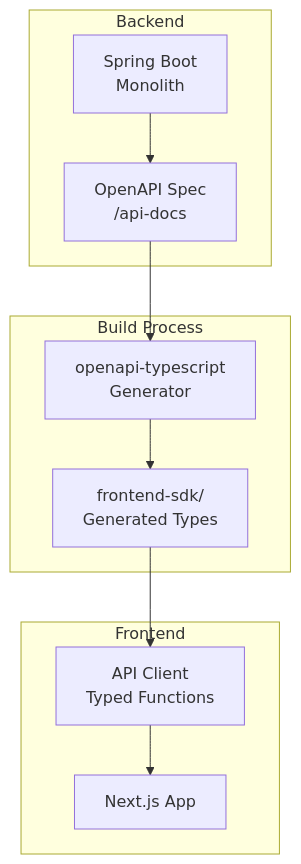
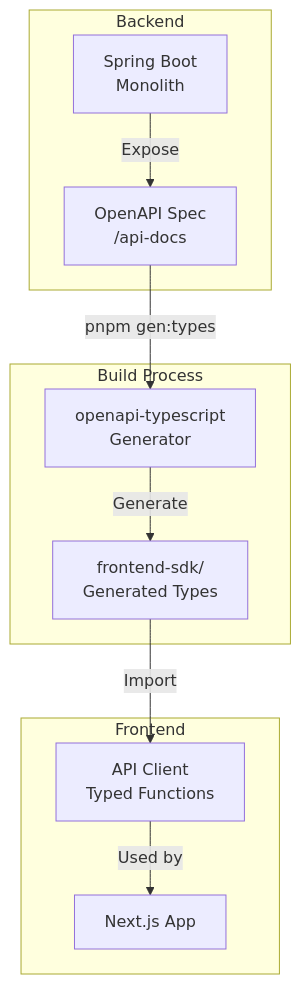
The fourth of 6 diagrams in docs/deepwiki/Next.js-Frontend-Architecture.md (philipz/spring-modular-monolith), drawn with Mermaid before and after one commit. The commit also changed other lines of this file and 55 other files, not shown here.

````diff
--- a/docs/deepwiki/Next.js-Frontend-Architecture.md
+++ b/docs/deepwiki/Next.js-Frontend-Architecture.md
@@ -195,31 +195,31 @@
 ```mermaid
 flowchart TD
 
 SpringBoot["Spring Boot<br>Monolith"]
 OpenAPISpec["OpenAPI Spec<br>/api-docs"]
 Generator["openapi-typescript<br>Generator"]
 SDK["frontend-sdk/<br>Generated Types"]
 ReactApp["Next.js App"]
 APIClient["API Client<br>Typed Functions"]
 
-OpenAPISpec --> Generator
-SDK --> APIClient
+OpenAPISpec -->|"pnpm gen:types"| Generator
+SDK -->|"Import"| APIClient
 
 subgraph Frontend ["Frontend"]
     ReactApp
     APIClient
-    APIClient --> ReactApp
+    APIClient -->|"Used by"| ReactApp
 end
 
 subgraph subGraph1 ["Build Process"]
     Generator
     SDK
-    Generator --> SDK
+    Generator -->|"Generate"| SDK
 end
 
 subgraph Backend ["Backend"]
     SpringBoot
     OpenAPISpec
-    SpringBoot --> OpenAPISpec
+    SpringBoot -->|"Expose"| OpenAPISpec
 end
 ```
````
